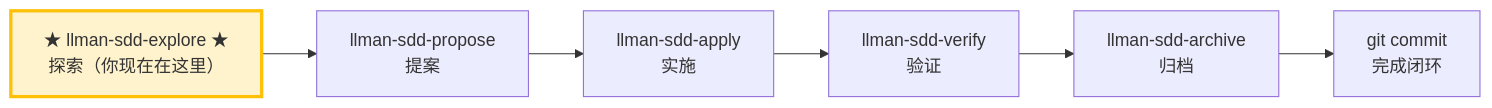
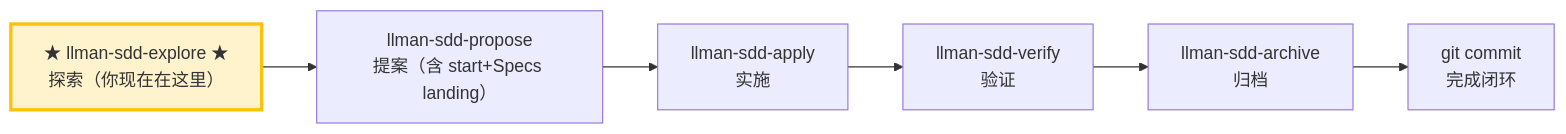
The diagram in templates/sdd/zh-Hans/skills/llman-sdd-explore.md (StrayDragon/llman), drawn with Mermaid before and after one commit. The commit also changed other lines of this file and 24 other files, not shown here.

First line of the commit message:
doc(sdd): hygiene skill templates — drop repo req tags, add git-native mermaid

````diff
--- a/templates/sdd/zh-Hans/skills/llman-sdd-explore.md
+++ b/templates/sdd/zh-Hans/skills/llman-sdd-explore.md
@@ -22,11 +22,11 @@
 ```mermaid
 flowchart LR
     explore["★ llman-sdd-explore ★<br/>探索（你现在在这里）"]
-    explore --> propose["llman-sdd-propose<br/>提案"]
+    explore --> propose["llman-sdd-propose<br/>提案（含 start+Specs landing）"]
     propose --> apply["llman-sdd-apply<br/>实施"]
     apply --> verify["llman-sdd-verify<br/>验证"]
     verify --> archive["llman-sdd-archive<br/>归档"]
     archive --> commit["git commit<br/>完成闭环"]
 
     style explore fill:#fff3cd,stroke:#ffc107,stroke-width:3px
 ```
````
